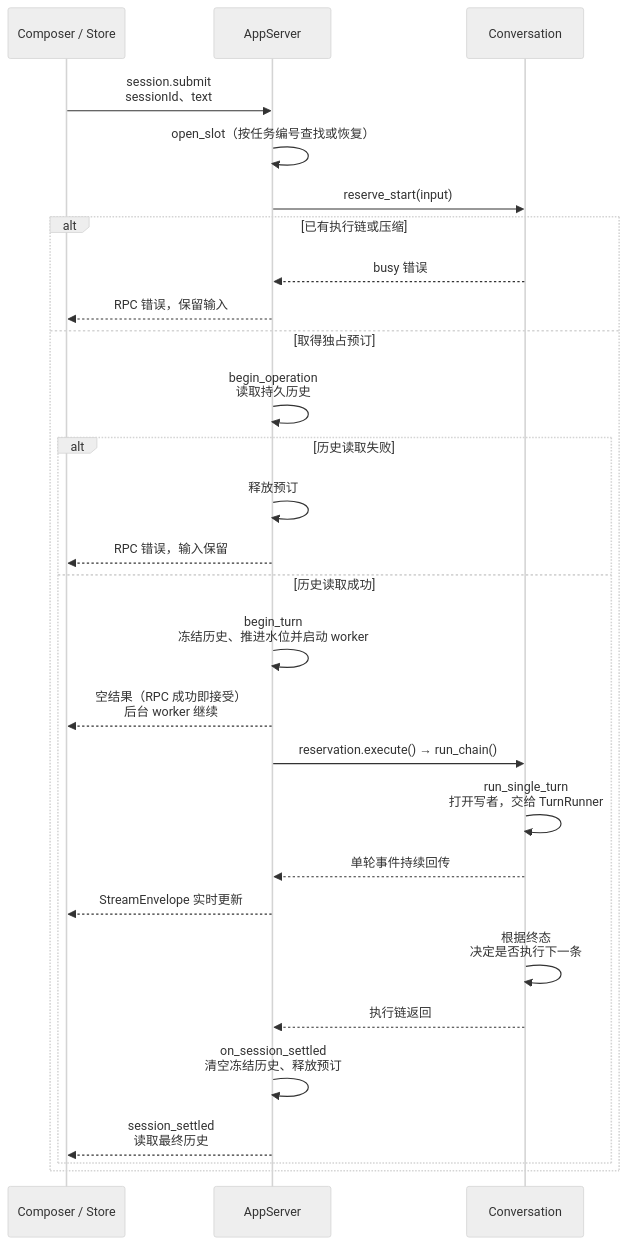
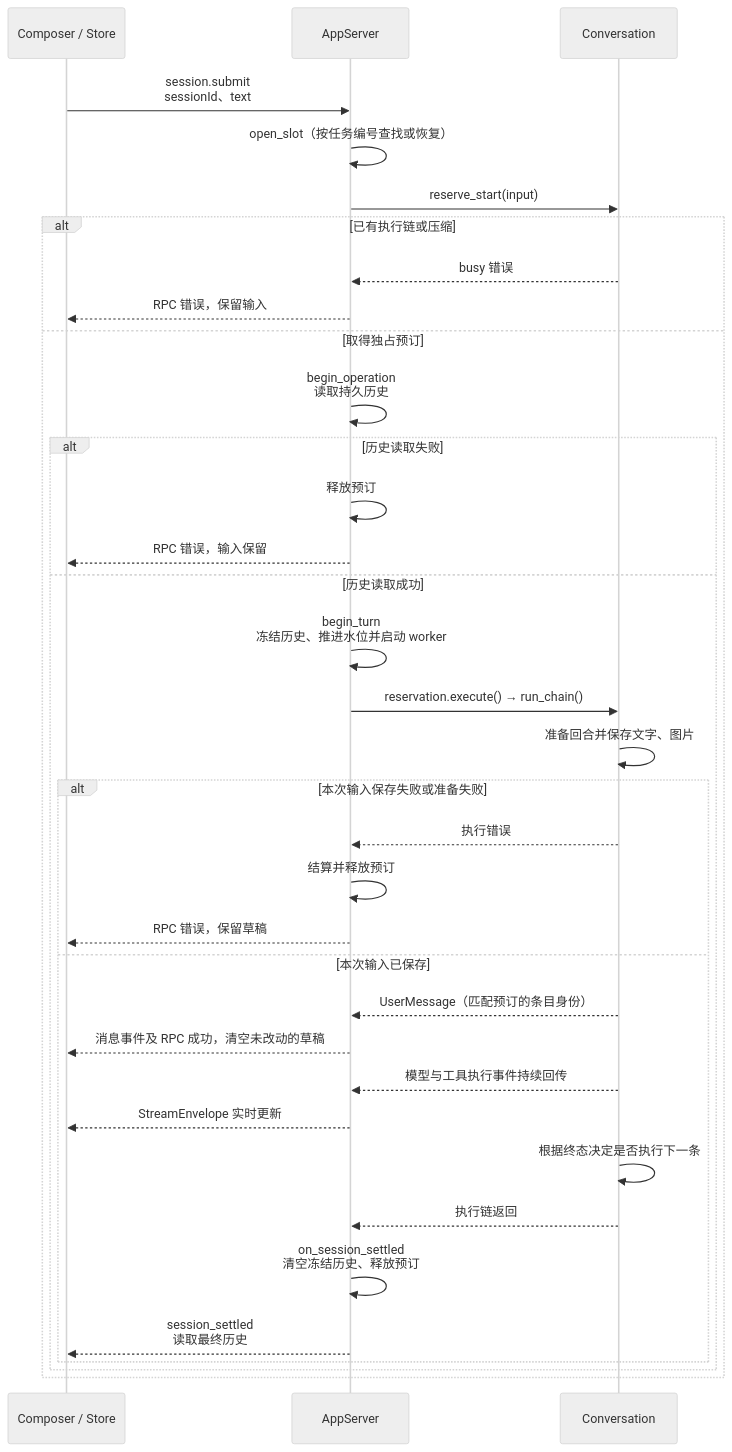
One commit to qjcnmd/singularity-agent changed diagram 12 of 29 in docs/architecture.md. Above: the diagram before and after it, drawn with Mermaid (neutral theme). The commit also changed other lines of this file and 52 other files, not shown here.

````diff
--- a/docs/architecture.md
+++ b/docs/architecture.md
@@ -331,30 +333,37 @@
 ```mermaid
 sequenceDiagram
     participant UI as Composer / Store
     participant WB as AppServer
     participant Conv as Conversation
     UI->>WB: session.submit<br/>sessionId、text
     WB->>WB: open_slot（按任务编号查找或恢复）
     WB->>Conv: reserve_start(input)
     alt 已有执行链或压缩
         Conv-->>WB: busy 错误
         WB-->>UI: RPC 错误，保留输入
     else 取得独占预订
         WB->>WB: begin_operation<br/>读取持久历史
         alt 历史读取失败
             WB->>WB: 释放预订
             WB-->>UI: RPC 错误，输入保留
         else 历史读取成功
             WB->>WB: begin_turn<br/>冻结历史、推进水位并启动 worker
-            WB-->>UI: 空结果（RPC 成功即接受）<br/>后台 worker 继续
             WB->>Conv: reservation.execute() → run_chain()
-            Conv->>Conv: run_single_turn<br/>打开写者，交给 TurnRunner
-            Conv-->>WB: 单轮事件持续回传
-            WB-->>UI: StreamEnvelope 实时更新
-            Conv->>Conv: 根据终态<br/>决定是否执行下一条
-            Conv-->>WB: 执行链返回
-            WB->>WB: on_session_settled<br/>清空冻结历史、释放预订
-            WB-->>UI: session_settled<br/>读取最终历史
+            Conv->>Conv: 准备回合并保存文字、图片
+            alt 本次输入保存失败或准备失败
+                Conv-->>WB: 执行错误
+                WB->>WB: 结算并释放预订
+                WB-->>UI: RPC 错误，保留草稿
+            else 本次输入已保存
+                Conv-->>WB: UserMessage（匹配预订的条目身份）
+                WB-->>UI: 消息事件及 RPC 成功，清空未改动的草稿
+                Conv-->>WB: 模型与工具执行事件持续回传
+                WB-->>UI: StreamEnvelope 实时更新
+                Conv->>Conv: 根据终态决定是否执行下一条
+                Conv-->>WB: 执行链返回
+                WB->>WB: on_session_settled<br/>清空冻结历史、释放预订
+                WB-->>UI: session_settled<br/>读取最终历史
+            end
         end
     end
 ```
````
